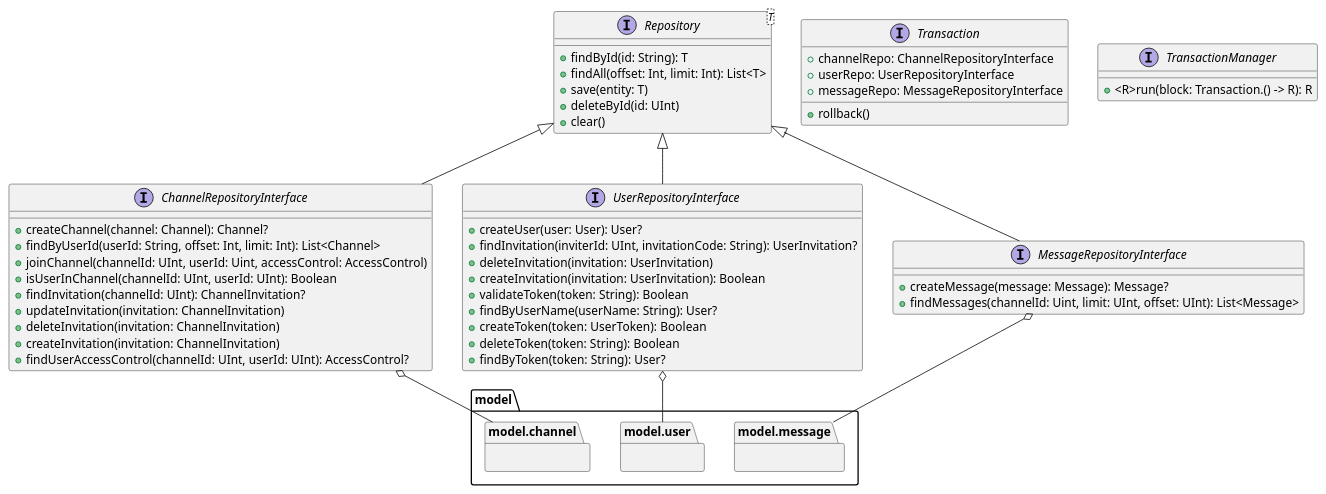
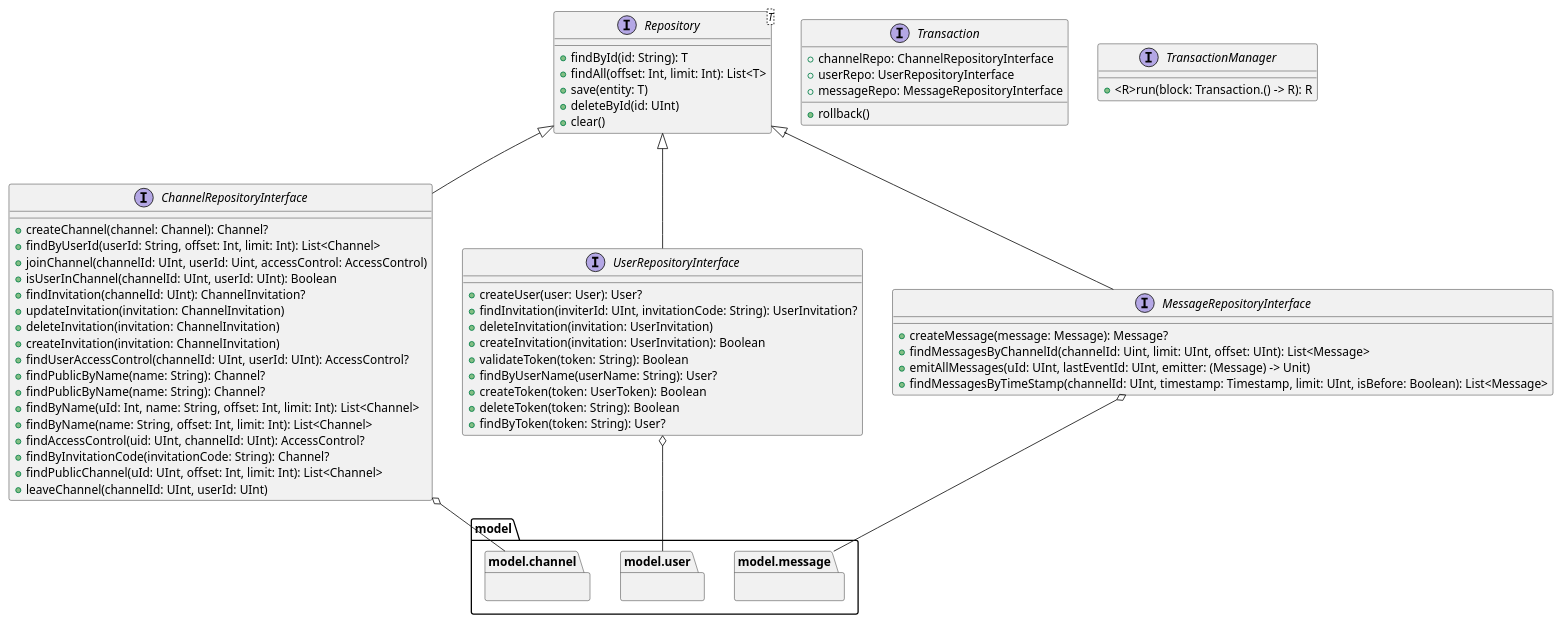
Before and after one commit to Brgm37/Multi-user-Instant-Messaging-system: the diagram in code/jvm/repository/src/main/kotlin/RepositoryUml.puml, drawn with PlantUML. The commit also changed 2 other files, not shown here.

```diff
--- a/code/jvm/repository/src/main/kotlin/RepositoryUml.puml
+++ b/code/jvm/repository/src/main/kotlin/RepositoryUml.puml
@@ -1,65 +1,74 @@
 @startuml
 
 interface Repository <T> {
     + findById(id: String): T
     + findAll(offset: Int, limit: Int): List<T>
     + save(entity: T)
     + deleteById(id: UInt)
     + clear()
 }
 
 interface ChannelRepositoryInterface {
     + createChannel(channel: Channel): Channel?
     + findByUserId(userId: String, offset: Int, limit: Int): List<Channel>
     + joinChannel(channelId: UInt, userId: Uint, accessControl: AccessControl)
     + isUserInChannel(channelId: UInt, userId: UInt): Boolean
     + findInvitation(channelId: UInt): ChannelInvitation?
     + updateInvitation(invitation: ChannelInvitation)
     + deleteInvitation(invitation: ChannelInvitation)
     + createInvitation(invitation: ChannelInvitation)
     + findUserAccessControl(channelId: UInt, userId: UInt): AccessControl?
+    + findPublicByName(name: String): Channel?
+    + findPublicByName(name: String): Channel?
+    + findByName(uId: Int, name: String, offset: Int, limit: Int): List<Channel>
+    + findByName(name: String, offset: Int, limit: Int): List<Channel>
+    + findAccessControl(uid: UInt, channelId: UInt): AccessControl?
+    + findByInvitationCode(invitationCode: String): Channel?
+    + findPublicChannel(uId: UInt, offset: Int, limit: Int): List<Channel>
+    + leaveChannel(channelId: UInt, userId: UInt)
 }
 
 interface UserRepositoryInterface {
     + createUser(user: User): User?
     + findInvitation(inviterId: UInt, invitationCode: String): UserInvitation?
     + deleteInvitation(invitation: UserInvitation)
     + createInvitation(invitation: UserInvitation): Boolean
     + validateToken(token: String): Boolean
     + findByUserName(userName: String): User?
     + createToken(token: UserToken): Boolean
     + deleteToken(token: String): Boolean
     + findByToken(token: String): User?
 }
 
 interface MessageRepositoryInterface {
     + createMessage(message: Message): Message?
-    + findMessages(channelId: Uint, limit: UInt, offset: UInt): List<Message>
+    + findMessagesByChannelId(channelId: Uint, limit: UInt, offset: UInt): List<Message>
+    + emitAllMessages(uId: UInt, lastEventId: UInt, emitter: (Message) -> Unit)
+    + findMessagesByTimeStamp(channelId: UInt, timestamp: Timestamp, limit: UInt, isBefore: Boolean): List<Message>
 }
 
 Repository <|-- UserRepositoryInterface
 Repository <|-- ChannelRepositoryInterface
 Repository <|-- MessageRepositoryInterface
 
 namespace model.channel {}
 namespace model.message {}
 namespace model.user {}
 
 MessageRepositoryInterface o-- message
 UserRepositoryInterface o-- user
 ChannelRepositoryInterface o-- channel
 
 
-
 interface Transaction {
     + channelRepo: ChannelRepositoryInterface
     + userRepo: UserRepositoryInterface
     + messageRepo: MessageRepositoryInterface
     + rollback()
 }
 
 interface TransactionManager {
     + <R>run(block: Transaction.() -> R): R
 }
 
 @enduml
```
